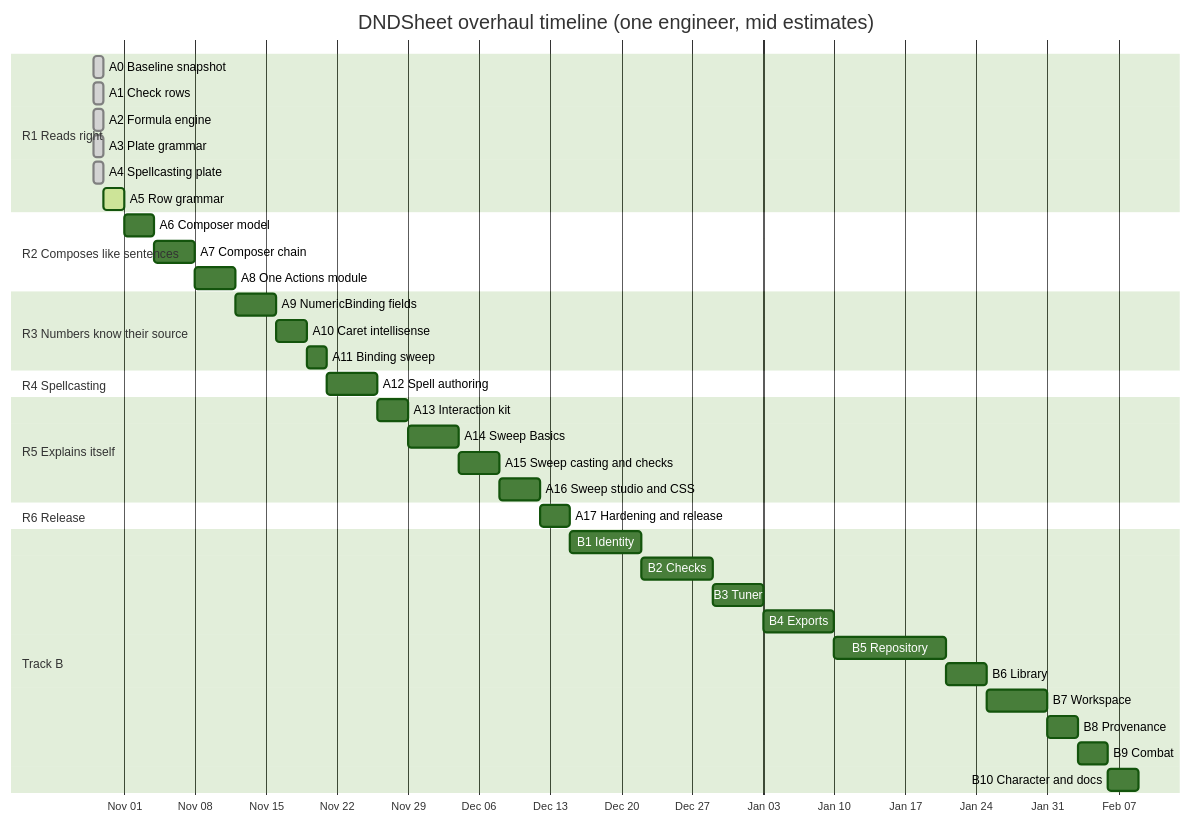
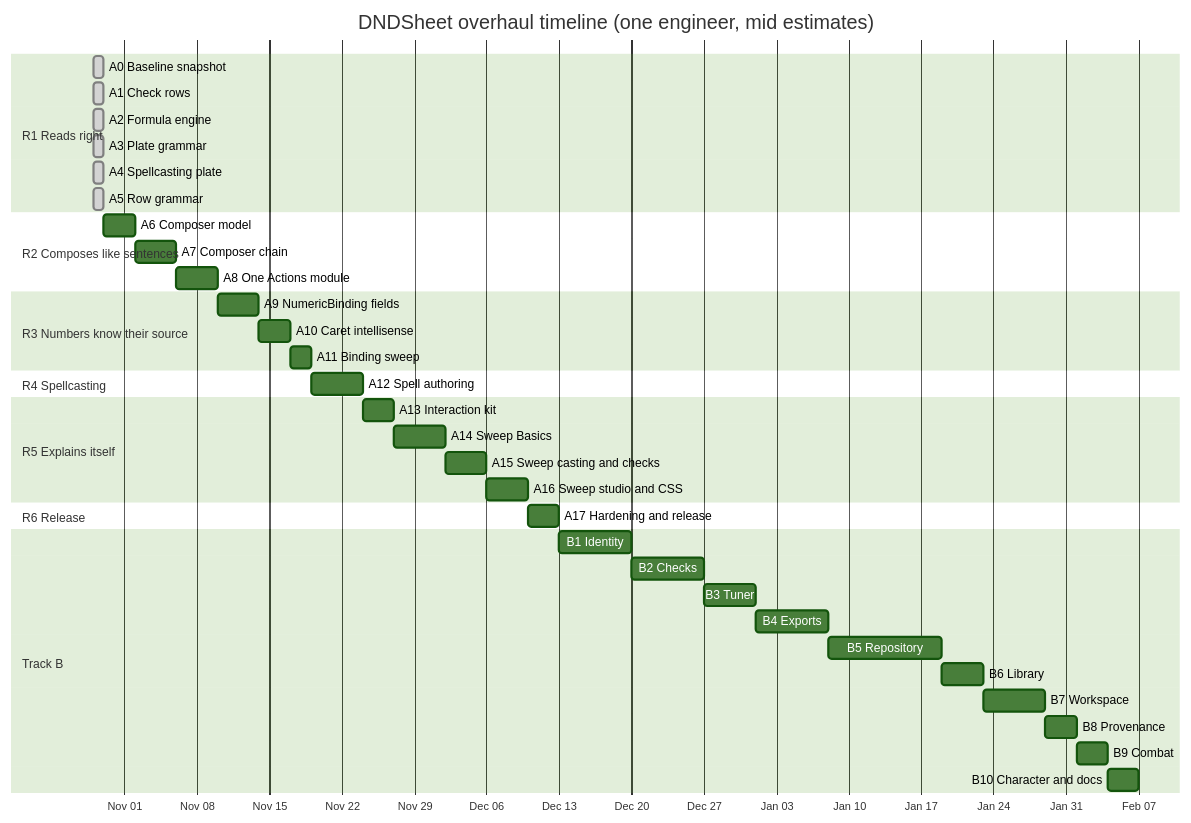
Before and after one commit to ivangarciafilho/DNDSheet: diagram 31 of 31 in docs/roadmap/DNDSheet-Professional-Product-and-Architecture-Spec.md, drawn with Mermaid (forest theme). The commit also changed other lines of this file and 2 other files, not shown here.

````diff
--- a/docs/roadmap/DNDSheet-Professional-Product-and-Architecture-Spec.md
+++ b/docs/roadmap/DNDSheet-Professional-Product-and-Architecture-Spec.md
@@ -2519,41 +2519,41 @@
 ```mermaid
 gantt
   title DNDSheet overhaul timeline (one engineer, mid estimates)
   dateFormat YYYY-MM-DD
   axisFormat %b %d
   section R1 Reads right
   A0 Baseline snapshot          :done, a0, 2026-10-29, 1d
   A1 Check rows                 :done, a1, 2026-10-29, 1d
   A2 Formula engine             :done, a2, 2026-10-29, 1d
   A3 Plate grammar              :done, a3, 2026-10-29, 1d
   A4 Spellcasting plate         :done, a4, 2026-10-29, 1d
-  A5 Row grammar                :active, a5, 2026-10-30, 2d
+  A5 Row grammar                :done, a5, 2026-10-29, 1d
   section R2 Composes like sentences
   A6 Composer model             :a6, after a5, 3d
   A7 Composer chain             :a7, after a6, 4d
   A8 One Actions module         :a8, after a7, 4d
   section R3 Numbers know their source
   A9 NumericBinding fields      :a9, after a8, 4d
   A10 Caret intellisense        :a10, after a9, 3d
   A11 Binding sweep             :a11, after a10, 2d
   section R4 Spellcasting
   A12 Spell authoring           :a12, after a11, 5d
   section R5 Explains itself
   A13 Interaction kit           :a13, after a12, 3d
   A14 Sweep Basics              :a14, after a13, 5d
   A15 Sweep casting and checks  :a15, after a14, 4d
   A16 Sweep studio and CSS      :a16, after a15, 4d
   section R6 Release
   A17 Hardening and release     :a17, after a16, 3d
   section Track B
   B1 Identity                   :b1, after a17, 7d
   B2 Checks                     :b2, after b1, 7d
   B3 Tuner                      :b3, after b2, 5d
   B4 Exports                    :b4, after b3, 7d
   B5 Repository                 :b5, after b4, 11d
   B6 Library                    :b6, after b5, 4d
   B7 Workspace                  :b7, after b6, 6d
   B8 Provenance                 :b8, after b7, 3d
   B9 Combat                     :b9, after b8, 3d
   B10 Character and docs        :b10, after b9, 3d
 ```
````
